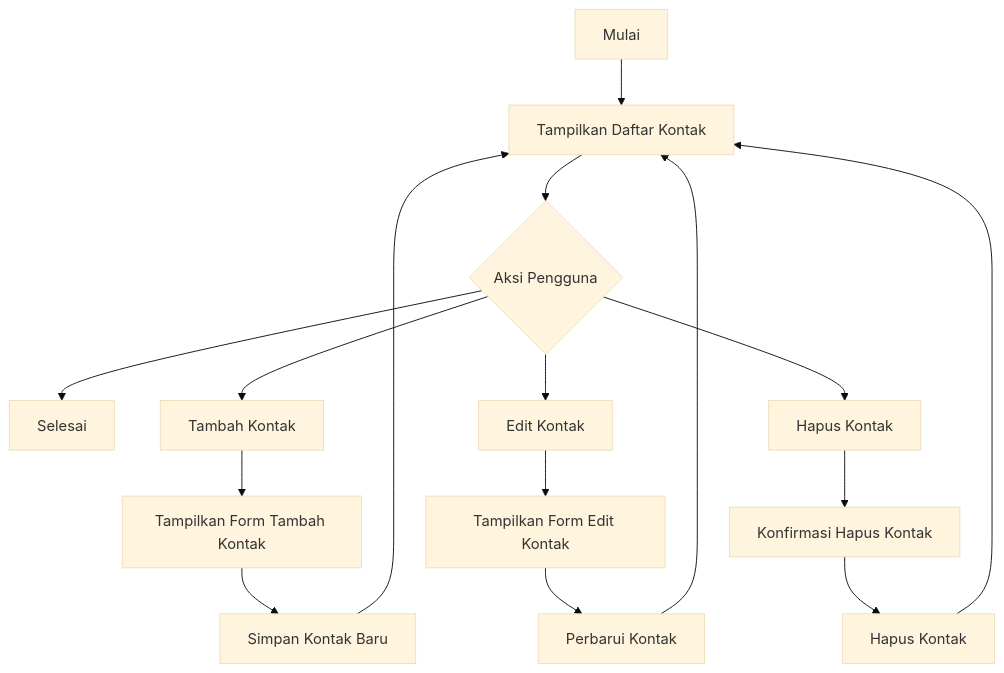
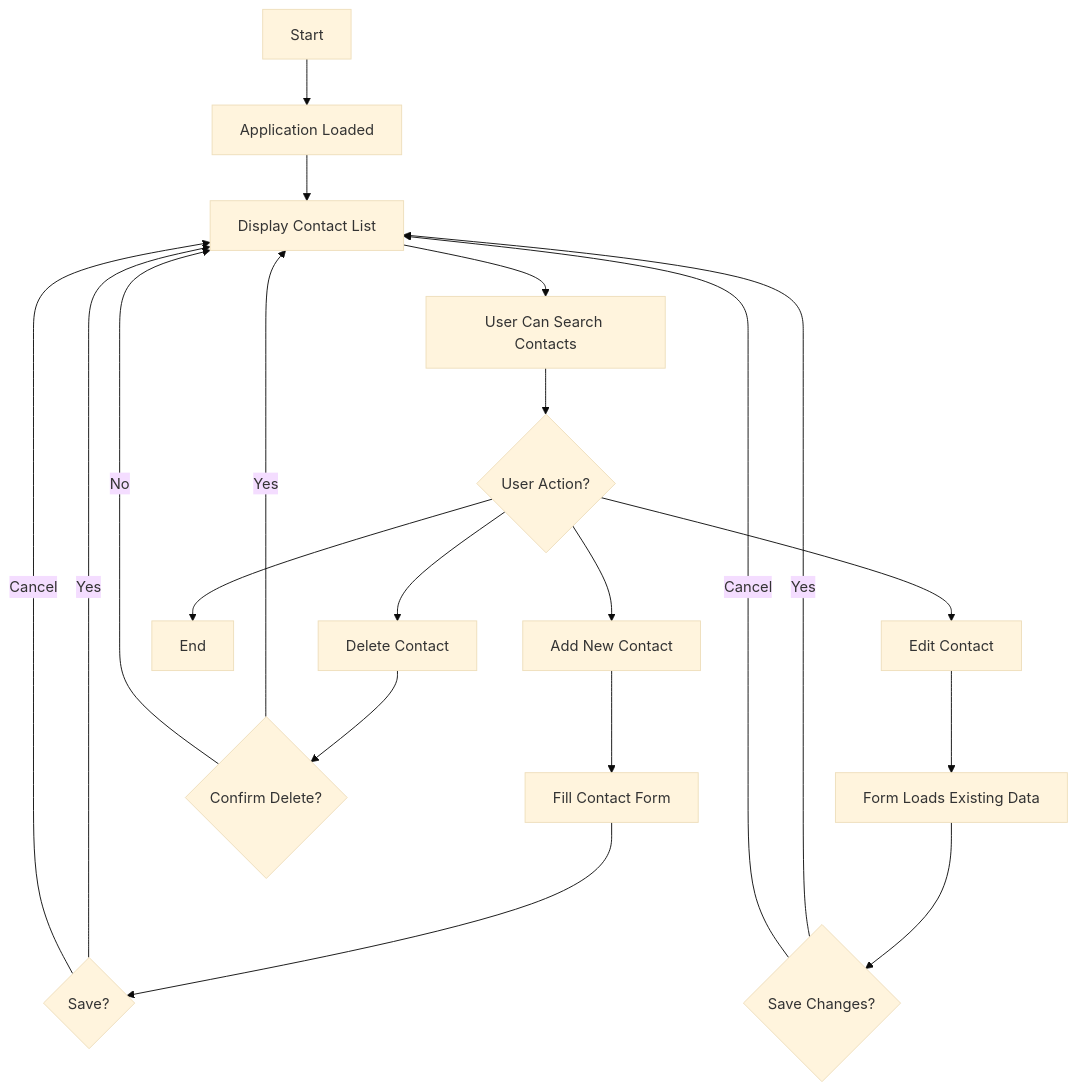
Before and after one commit to ftmahrhmt/address-book: the diagram in README.md, drawn with Mermaid (base theme).

Commit message:
update flowchart

````diff
--- a/README.md
+++ b/README.md
@@ -17,21 +17,32 @@
 ```mermaid
 flowchart TD
-    A["Mulai"] --> B["Tampilkan Daftar Kontak"]
-    B --> C{"Aksi Pengguna"}
-    C --> J["Selesai"]
-    C --> D["Tambah Kontak"]
-    C --> E["Edit Kontak"]
-    C --> F["Hapus Kontak"]
+    A["Start"] --> B["Application Loaded"]
 
-    D --> G["Tampilkan Form Tambah Kontak"]
-    G --> H["Simpan Kontak Baru"]
-    H --> B
+    B --> C["Display Contact List"]
+    C --> D["User Can Search Contacts"]
 
-    E --> I["Tampilkan Form Edit Kontak"]
-    I --> K["Perbarui Kontak"]
-    K --> B
+    D --> E{"User Action?"}
 
-    F --> L["Konfirmasi Hapus Kontak"]
-    L --> M["Hapus Kontak"]
-    M --> B
+    %% Add Contact
+    E --> F["Add New Contact"]
+    F --> G["Fill Contact Form"]
+    G --> H{"Save?"}
+    H -->|Yes| C
+    H -->|Cancel| C
+
+    %% Edit Contact
+    E --> I["Edit Contact"]
+    I --> J["Form Loads Existing Data"]
+    J --> K{"Save Changes?"}
+    K -->|Yes| C
+    K -->|Cancel| C
+
+    %% Delete Contact
+    E --> L["Delete Contact"]
+    L --> M{"Confirm Delete?"}
+    M -->|Yes| C
+    M -->|No| C
+
+    %% Exit
+    E --> N["End"]
 ```
````
